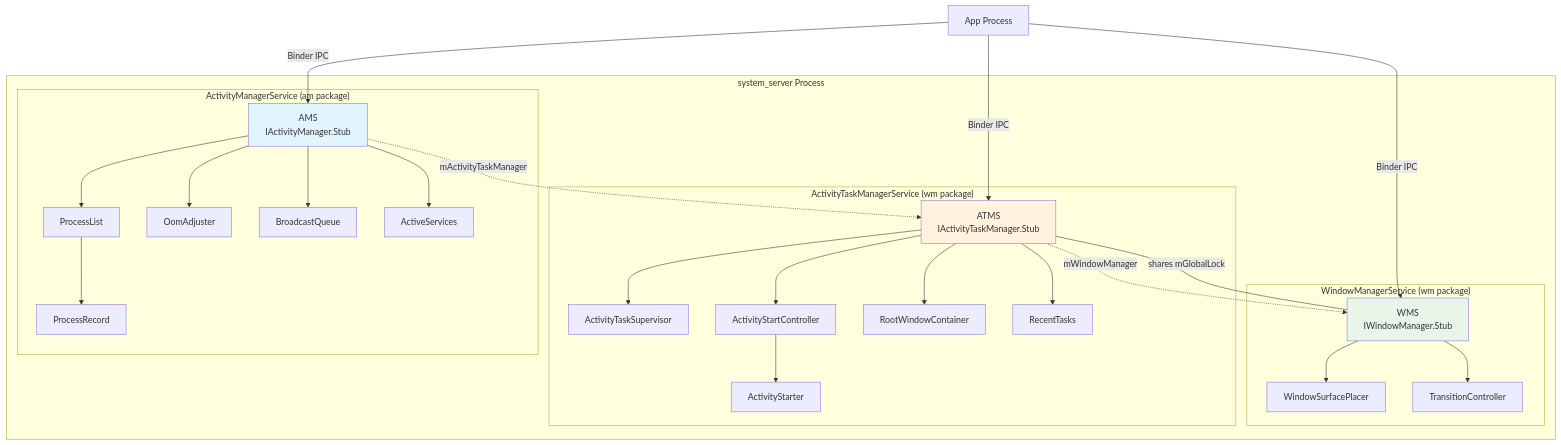
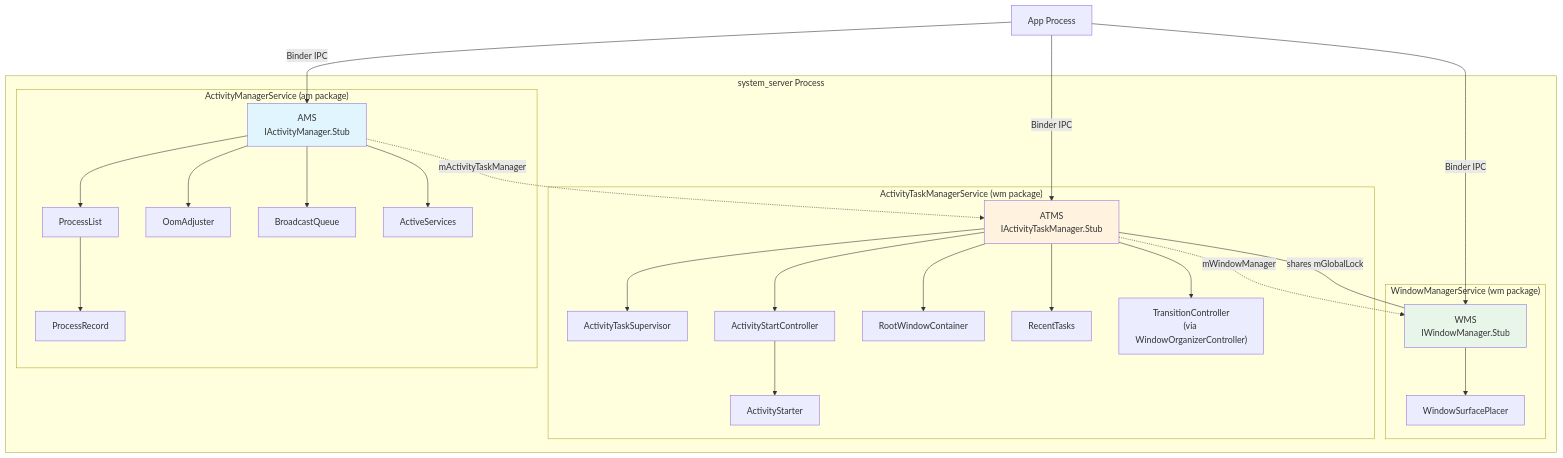
One commit to aospbooks/aosp-internal-book changed the first of 41 diagrams in agents/claude/skills/aosp-framework-core/22-activity-and-window.md. Above: the diagram before and after it, drawn with Mermaid. The commit also changed other lines of this file and 218 other files, not shown here.

````diff
--- a/agents/claude/skills/aosp-framework-core/22-activity-and-window.md
+++ b/agents/claude/skills/aosp-framework-core/22-activity-and-window.md
@@ -171,52 +172,52 @@
 ```mermaid
 graph TB
     subgraph "system_server Process"
         subgraph "ActivityManagerService (am package)"
             AMS["AMS<br/>IActivityManager.Stub"]
             ProcList["ProcessList"]
             ProcRecord["ProcessRecord"]
             OomAdj["OomAdjuster"]
             BroadcastQ["BroadcastQueue"]
             ActiveSvc["ActiveServices"]
             AMS --> ProcList
             AMS --> OomAdj
             AMS --> BroadcastQ
             AMS --> ActiveSvc
             ProcList --> ProcRecord
         end
 
         subgraph "ActivityTaskManagerService (wm package)"
             ATMS["ATMS<br/>IActivityTaskManager.Stub"]
             Supervisor["ActivityTaskSupervisor"]
             StartController["ActivityStartController"]
             Starter["ActivityStarter"]
             RWC["RootWindowContainer"]
             RecentT["RecentTasks"]
+            TransCtrl["TransitionController<br/>(via WindowOrganizerController)"]
             ATMS --> Supervisor
             ATMS --> StartController
             StartController --> Starter
             ATMS --> RWC
             ATMS --> RecentT
+            ATMS --> TransCtrl
         end
 
         subgraph "WindowManagerService (wm package)"
             WMS["WMS<br/>IWindowManager.Stub"]
             SurfacePlacer["WindowSurfacePlacer"]
-            TransCtrl["TransitionController"]
             WMS --> SurfacePlacer
-            WMS --> TransCtrl
         end
 
         AMS -.->|"mActivityTaskManager"| ATMS
         ATMS -.->|"mWindowManager"| WMS
         ATMS ---|"shares mGlobalLock"| WMS
     end
 
     App["App Process"] -->|"Binder IPC"| AMS
     App -->|"Binder IPC"| ATMS
     App -->|"Binder IPC"| WMS
 
     style AMS fill:#e1f5fe
     style ATMS fill:#fff3e0
     style WMS fill:#e8f5e9
 ```
````
